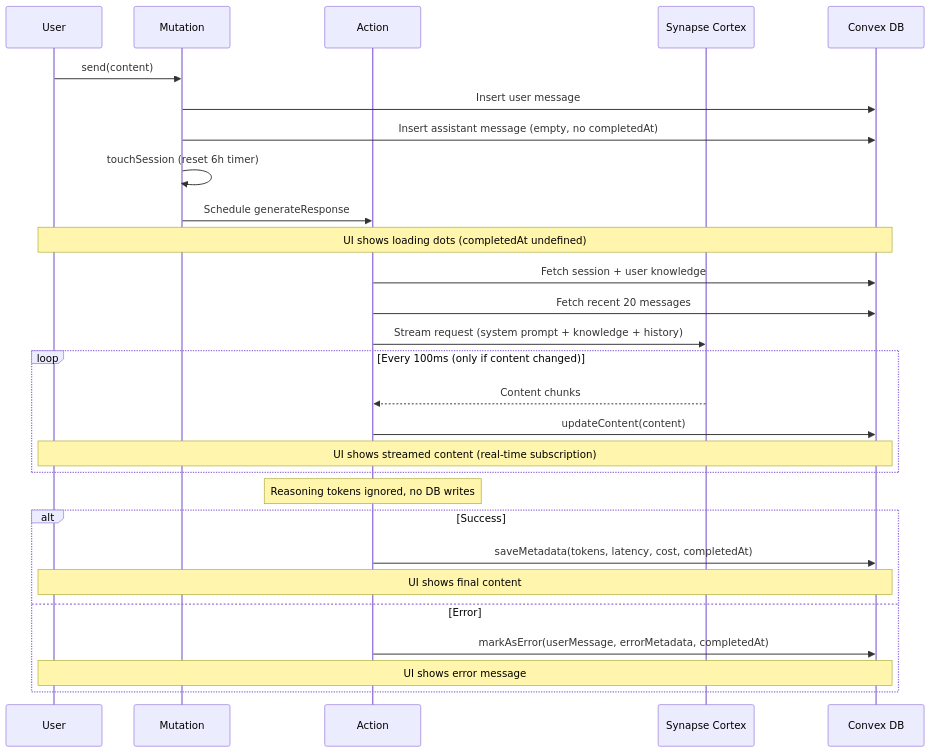
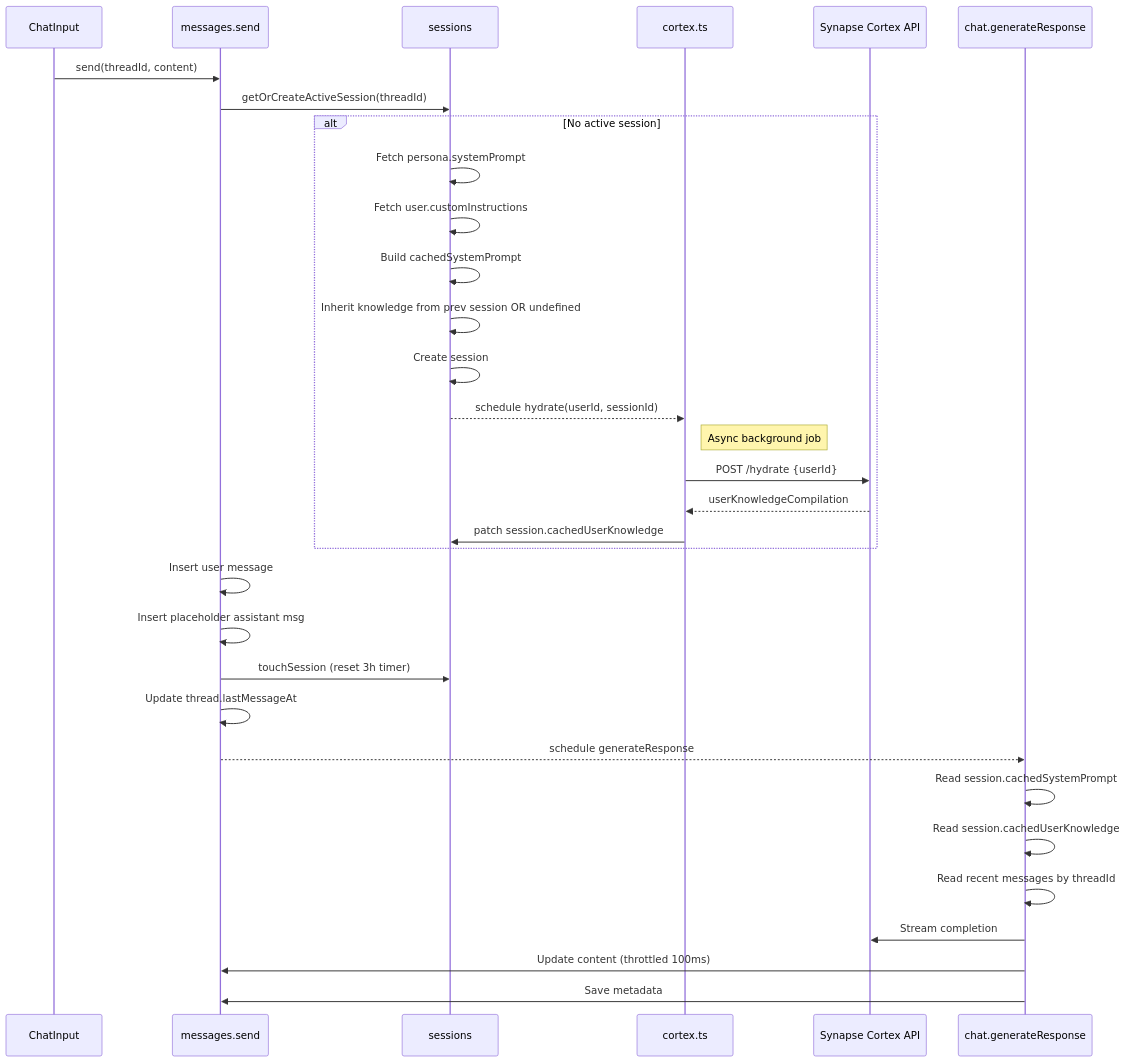
The third of 4 diagrams in README.md (juandastic/synapse-chat-ai), drawn with Mermaid before and after one commit. The commit also changed other lines of this file and 26 other files, not shown here.

Commit message:
Add React Router DOM for multi-thread support, enhance README with core concepts and architecture details, and implement persona management features. Update session handling to improve message processing and user experience.

````diff
--- a/README.md
+++ b/README.md
@@ -265,36 +194,38 @@
 ```mermaid
 sequenceDiagram
-    participant U as User
-    participant M as Mutation
-    participant A as Action
-    participant API as Synapse Cortex
-    participant DB as Convex DB
+    participant UI as ChatInput
+    participant Msg as messages.send
+    participant Sess as sessions
+    participant Cortex as cortex.ts
+    participant API as Synapse Cortex API
+    participant Chat as chat.generateResponse
 
-    U->>M: send(content)
-    M->>DB: Insert user message
-    M->>DB: Insert assistant message (empty, no completedAt)
-    M->>M: touchSession (reset 6h timer)
-    M->>A: Schedule generateResponse
-    
-    Note over U,DB: UI shows loading dots (completedAt undefined)
-    
-    A->>DB: Fetch session + user knowledge
-    A->>DB: Fetch recent 20 messages
-    A->>API: Stream request (system prompt + knowledge + history)
-    
-    loop Every 100ms (only if content changed)
-        API-->>A: Content chunks
-        A->>DB: updateContent(content)
-        Note over U,DB: UI shows streamed content (real-time subscription)
+    UI->>Msg: send(threadId, content)
+    Msg->>Sess: getOrCreateActiveSession(threadId)
+
+    alt No active session
+        Sess->>Sess: Fetch persona.systemPrompt
+        Sess->>Sess: Fetch user.customInstructions
+        Sess->>Sess: Build cachedSystemPrompt
+        Sess->>Sess: Inherit knowledge from prev session OR undefined
+        Sess->>Sess: Create session
+        Sess-->>Cortex: schedule hydrate(userId, sessionId)
+        Note right of Cortex: Async background job
+        Cortex->>API: POST /hydrate {userId}
+        API-->>Cortex: userKnowledgeCompilation
+        Cortex->>Sess: patch session.cachedUserKnowledge
     end
-    
-    Note over A: Reasoning tokens ignored, no DB writes
-    
-    alt Success
-        A->>DB: saveMetadata(tokens, latency, cost, completedAt)
-        Note over U,DB: UI shows final content
-    else Error
-        A->>DB: markAsError(userMessage, errorMetadata, completedAt)
-        Note over U,DB: UI shows error message
-    end
+
+    Msg->>Msg: Insert user message
+    Msg->>Msg: Insert placeholder assistant msg
+    Msg->>Sess: touchSession (reset 3h timer)
+    Msg->>Msg: Update thread.lastMessageAt
+    Msg-->>Chat: schedule generateResponse
+
+    Chat->>Chat: Read session.cachedSystemPrompt
+    Chat->>Chat: Read session.cachedUserKnowledge
+    Chat->>Chat: Read recent messages by threadId
+    Chat->>API: Stream completion
+    Chat->>Msg: Update content (throttled 100ms)
+    Chat->>Msg: Save metadata
 ```
````
